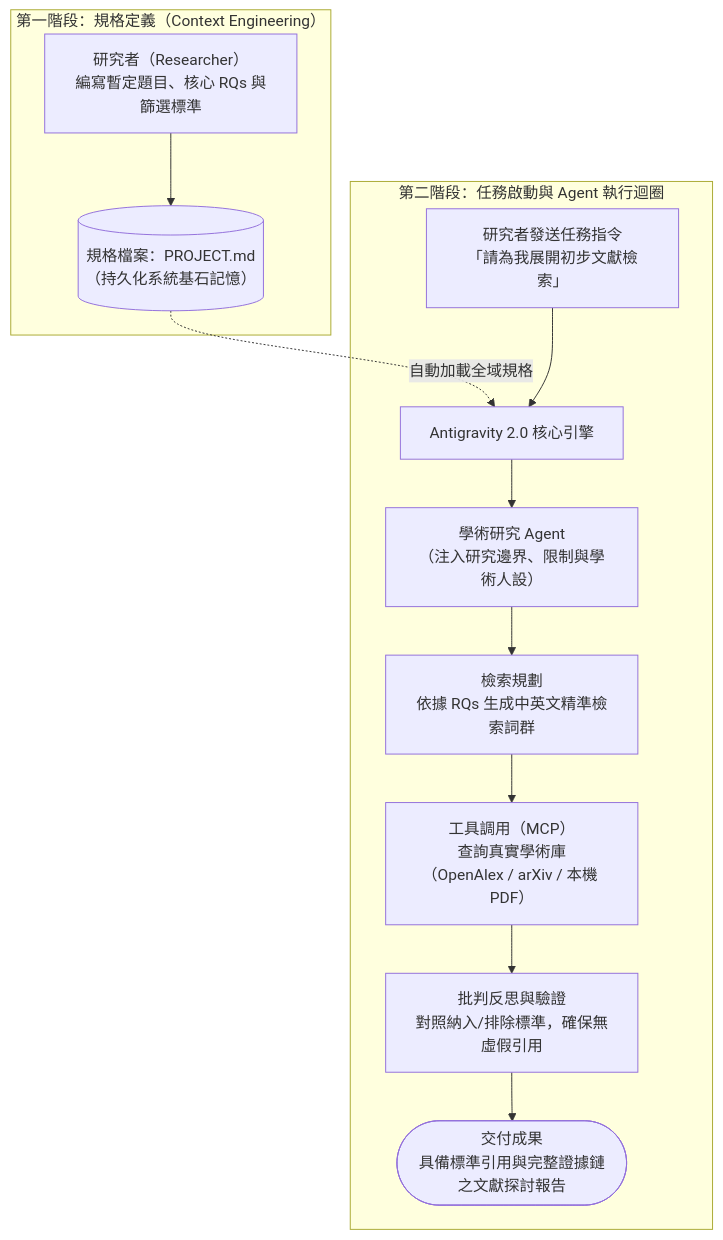
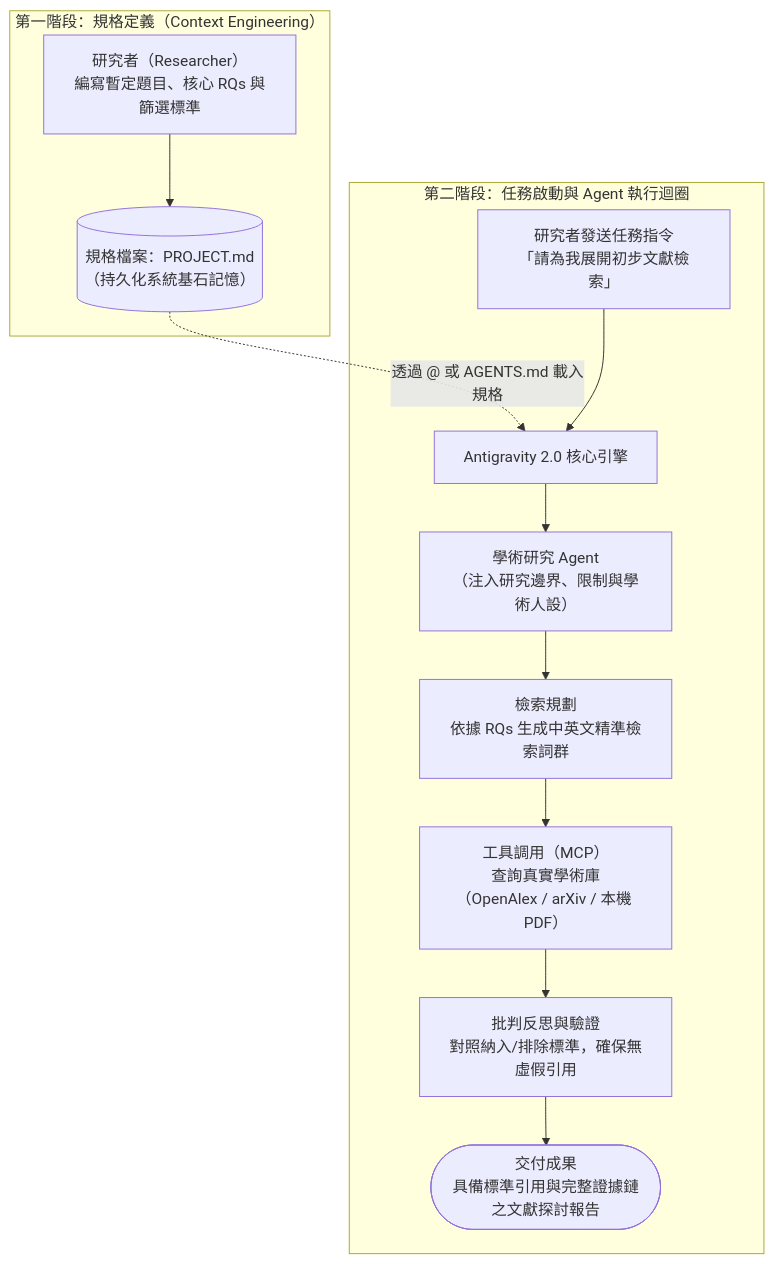
One commit to sungchien/literature_agent changed the third of 4 diagrams in 01_課程介紹.md. Above: the diagram before and after it, drawn with Mermaid. The commit also changed other lines of this file, not shown here.

````diff
--- a/01_課程介紹.md
+++ b/01_課程介紹.md
@@ -255,18 +267,18 @@
 ```mermaid
 flowchart TD
     subgraph Prep["第一階段：規格定義（Context Engineering）"]
         U1["研究者（Researcher）<br/>編寫暫定題目、核心 RQs 與篩選標準"] --> F1[("規格檔案：PROJECT.md<br/>（持久化系統基石記憶）")]
     end
 
-    F1 -. "自動加載全域規格" .-> E1
+    F1 -. "透過 @ 或 AGENTS.md 載入規格" .-> E1
 
     subgraph Exec["第二階段：任務啟動與 Agent 執行迴圈"]
         U2["研究者發送任務指令<br/>「請為我展開初步文獻檢索」"] --> E1["Antigravity 2.0 核心引擎"]
         E1 --> E2["學術研究 Agent<br/>（注入研究邊界、限制與學術人設）"]
         E2 --> E3["檢索規劃<br/>依據 RQs 生成中英文精準檢索詞群"]
         E3 --> E4["工具調用（MCP）<br/>查詢真實學術庫（OpenAlex / arXiv / 本機 PDF）"]
         E4 --> E5["批判反思與驗證<br/>對照納入/排除標準，確保無虛假引用"]
         E5 --> Out(["交付成果<br/>具備標準引用與完整證據鏈之文獻探討報告"])
     end
 
 ```
````
